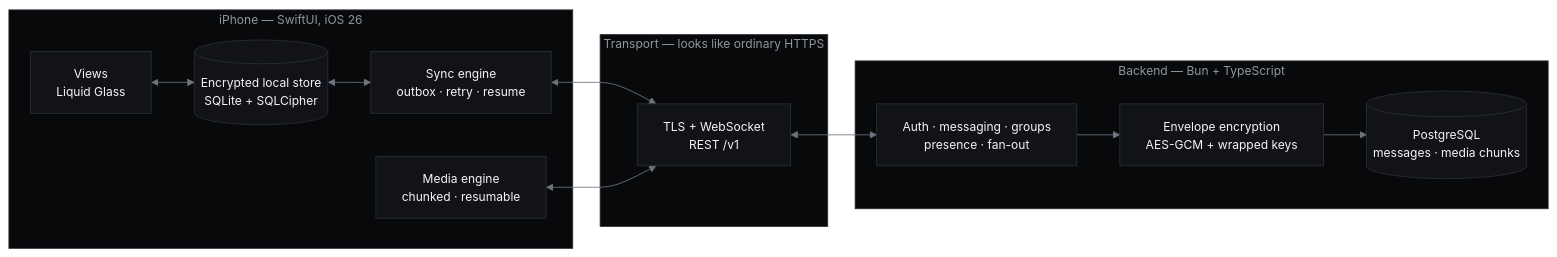
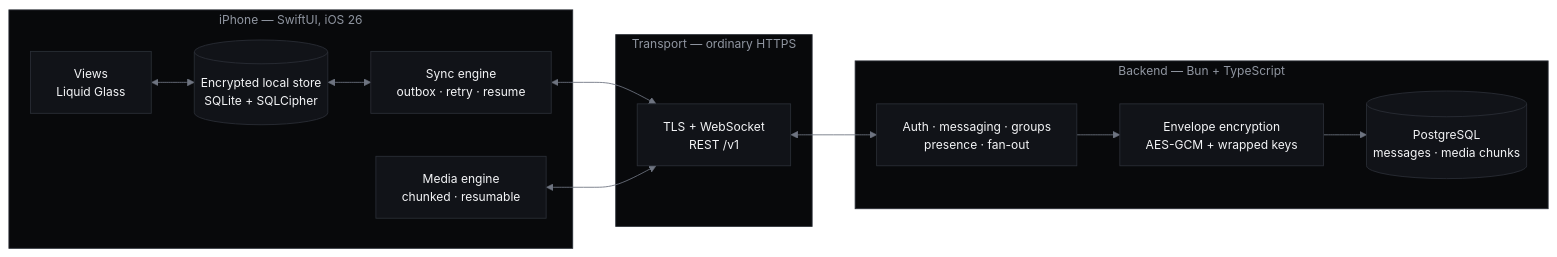
The first of 2 diagrams in README.md (mmarufov/Toj), drawn with Mermaid before and after one commit. The commit also changed other lines of this file, not shown here.

First line of the commit message:
Rewrite the README around evidence: highlights, measured results, message flow

````diff
--- a/README.md
+++ b/README.md
@@ -76,37 +72,37 @@
 ```mermaid
 %%{init: {"theme":"base","themeVariables":{
   "primaryColor":"#111318","primaryTextColor":"#F4F5F7","primaryBorderColor":"#2A2E36",
   "lineColor":"#6E7480","textColor":"#F4F5F7","fontSize":"14px",
   "clusterBkg":"#08090B","clusterBorder":"#2A2E36"
 }}}%%
 flowchart LR
     subgraph device["iPhone — SwiftUI, iOS 26"]
         UI["Views<br/>Liquid Glass"]
         Store[("Encrypted local store<br/>SQLite + SQLCipher")]
         Sync["Sync engine<br/>outbox · retry · resume"]
         Media["Media engine<br/>chunked · resumable"]
     end
 
-    subgraph edge["Transport — looks like ordinary HTTPS"]
+    subgraph edge["Transport — ordinary HTTPS"]
         WS["TLS + WebSocket<br/>REST /v1"]
     end
 
     subgraph backend["Backend — Bun + TypeScript"]
         API["Auth · messaging · groups<br/>presence · fan-out"]
         Env["Envelope encryption<br/>AES-GCM + wrapped keys"]
         DB[("PostgreSQL<br/>messages · media chunks")]
     end
 
     UI <--> Store
     Store <--> Sync
     Sync <--> WS
     Media <--> WS
     WS <--> API
     API --> Env --> DB
 
     classDef n fill:#111318,stroke:#2A2E36,color:#F4F5F7
     class UI,Store,Sync,Media,WS,API,Env,DB n
     style device fill:#08090B,stroke:#2A2E36,color:#9096A1
     style edge fill:#08090B,stroke:#2A2E36,color:#9096A1
     style backend fill:#08090B,stroke:#2A2E36,color:#9096A1
 ```
````
